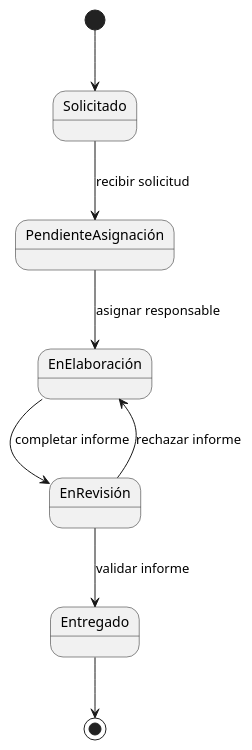
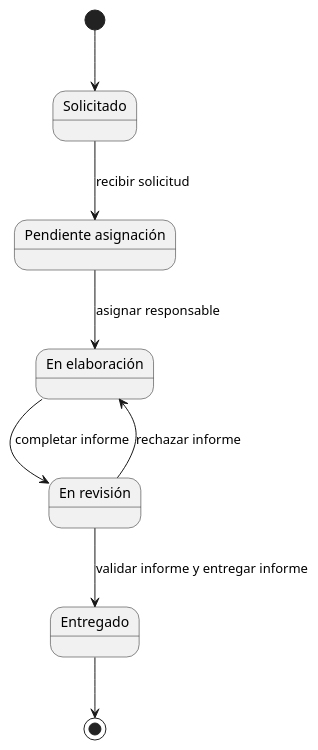
Before and after one commit to Angelo2272/26-27-IdSw1-SDR: the diagram in modelosUML/00-modelo-del-dominio/diagrama-de-estados-informe.puml, drawn with PlantUML. The commit also changed 1 other file, not shown here.

Commit message:
fix: agregar accion entregar informe faltante

```diff
--- a/modelosUML/00-modelo-del-dominio/diagrama-de-estados-informe.puml
+++ b/modelosUML/00-modelo-del-dominio/diagrama-de-estados-informe.puml
@@ -1,23 +1,23 @@
 @startuml
 
 state "Solicitado" as Solicitado
-state "PendienteAsignación" as PendienteAsignacion
-state "EnElaboración" as EnElaboracion
-state "EnRevisión" as EnRevision
+state "Pendiente asignación" as PendienteAsignacion
+state "En elaboración" as EnElaboracion
+state "En revisión" as EnRevision
 state "Entregado" as Entregado
 
 [*] --> Solicitado
 
 Solicitado --> PendienteAsignacion : recibir solicitud
 
 PendienteAsignacion --> EnElaboracion : asignar responsable
 
 EnElaboracion --> EnRevision : completar informe
 
 EnRevision --> EnElaboracion : rechazar informe
 
-EnRevision --> Entregado : validar informe
+EnRevision --> Entregado : validar informe y entregar informe
 
 Entregado --> [*]
 
 @enduml
```
